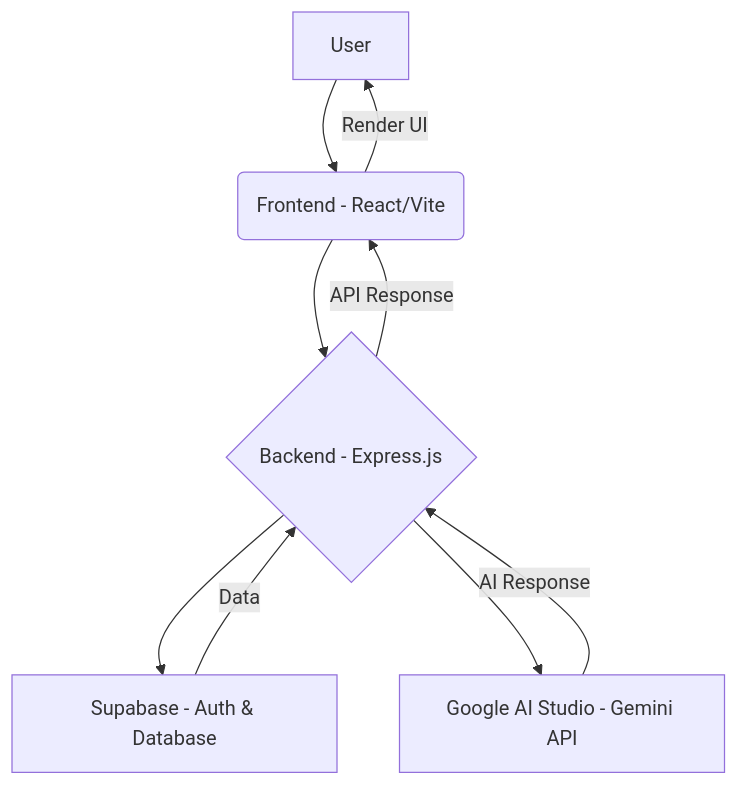
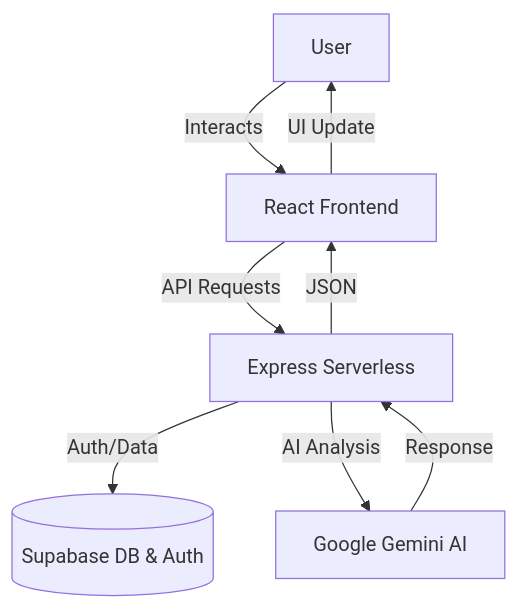
The diagram in README.md (Kathir-star/HealthNav), drawn with Mermaid before and after one commit. The commit also changed other lines of this file and 6 other files, not shown here.

````diff
--- a/README.md
+++ b/README.md
@@ -100,11 +36,10 @@
 ```mermaid
 graph TD
-    A[User] --> B(Frontend - React/Vite)
-    B --> C{Backend - Express.js}
-    C --> D[Supabase - Auth & Database]
-    C --> E[Google AI Studio - Gemini API]
-    D -- Data --> C
-    E -- AI Response --> C
-    C -- API Response --> B
-    B -- Render UI --> A
+    User[User] -->|Interacts| Frontend[React Frontend]
+    Frontend -->|API Requests| Backend[Express Serverless]
+    Backend -->|Auth/Data| Supabase[(Supabase DB & Auth)]
+    Backend -->|AI Analysis| Gemini[Google Gemini AI]
+    Gemini -->|Response| Backend
+    Backend -->|JSON| Frontend
+    Frontend -->|UI Update| User
 ```
````
